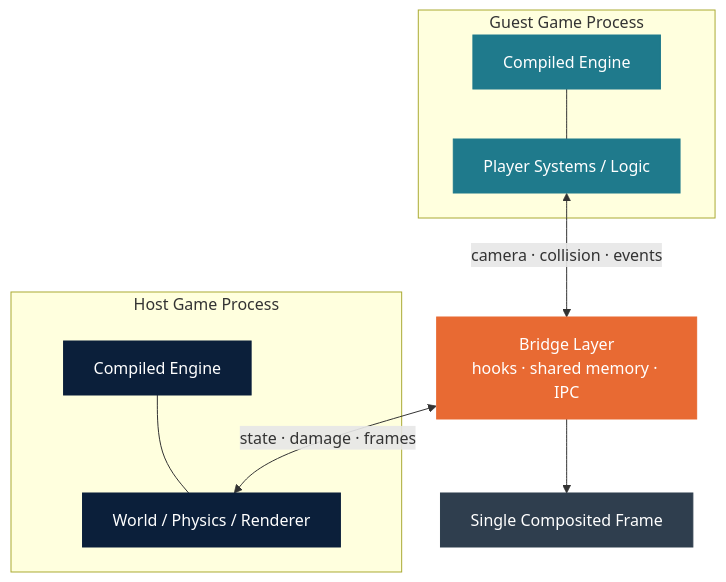
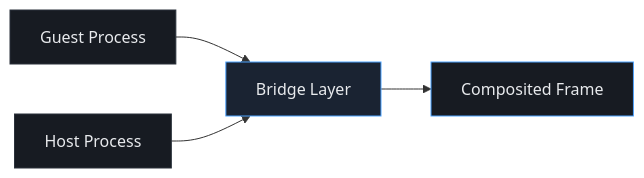
Before and after one commit to Ankritjarngal/coding-platform-assignment: the diagram in seminar/assets/diagram_case_study.mmd, drawn with Mermaid. The commit also changed 9 other files, not shown here.

```diff
--- a/seminar/assets/diagram_case_study.mmd
+++ b/seminar/assets/diagram_case_study.mmd
@@ -1,25 +1,9 @@
-flowchart TB
-    subgraph host [Host Game Process]
-        H1[Compiled Engine]
-        H2[World / Physics / Renderer]
-        H1 --- H2
-    end
+flowchart LR
+    G[Guest Process] --> BR[Bridge Layer]
+    H[Host Process] --> BR
+    BR --> OUT[Composited Frame]
 
-    subgraph guest [Guest Game Process]
-        G1[Compiled Engine]
-        G2[Player Systems / Logic]
-        G1 --- G2
-    end
-
-    BR[Bridge Layer<br/>hooks · shared memory · IPC]
-
-    G2 <-->|camera · collision · events| BR
-    BR <-->|state · damage · frames| H2
-    BR --> OUT[Single Composited Frame]
-
-    style H1 fill:#0B1F3A,stroke:#0B1F3A,color:#fff
-    style H2 fill:#0B1F3A,stroke:#0B1F3A,color:#fff
-    style G1 fill:#1F7A8C,stroke:#1F7A8C,color:#fff
-    style G2 fill:#1F7A8C,stroke:#1F7A8C,color:#fff
-    style BR fill:#E86A33,stroke:#E86A33,color:#fff
-    style OUT fill:#2F3E4E,stroke:#2F3E4E,color:#fff
+    style G fill:#171B22,stroke:#2A313B,color:#E8EAED
+    style H fill:#171B22,stroke:#2A313B,color:#E8EAED
+    style BR fill:#1A2332,stroke:#4DA3FF,color:#E8EAED
+    style OUT fill:#171B22,stroke:#4DA3FF,color:#E8EAED
```
